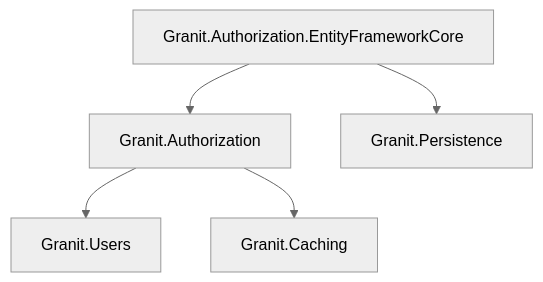
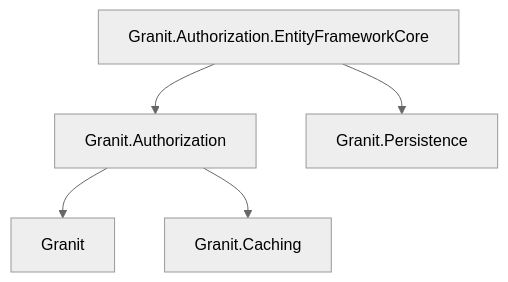
One commit to granit-fx/granit-docs changed the first of 2 diagrams in src/content/docs/dotnet/security/authorization.mdx. Above: the diagram before and after it, drawn with Mermaid (neutral theme). The commit also changed other lines of this file and 13 other files, not shown here.

````diff
--- a/src/content/docs/dotnet/security/authorization.mdx
+++ b/src/content/docs/dotnet/security/authorization.mdx
@@ -41,7 +41,7 @@
 ```mermaid
 graph TD
-    AZ[Granit.Authorization] --> S[Granit.Users]
+    AZ[Granit.Authorization] --> S[Granit]
     AZ --> CA[Granit.Caching]
     AZEF[Granit.Authorization.EntityFrameworkCore] --> AZ
     AZEF --> P[Granit.Persistence]
 ```
````
